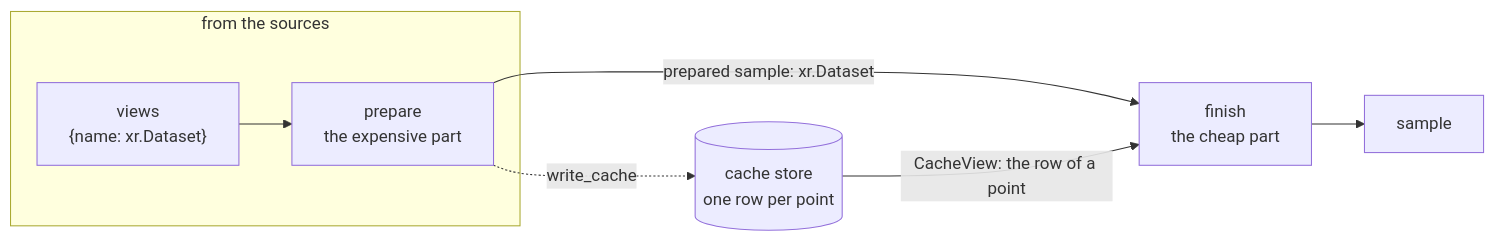
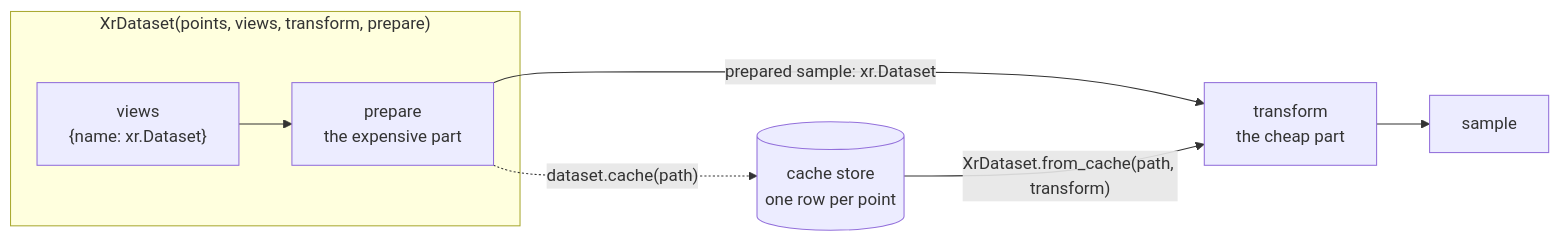
The fourth of 4 diagrams in README.md (FabianSchubert/xarray_torch_dataset), drawn with Mermaid before and after one commit. The commit also changed other lines of this file and 5 other files, not shown here.

First line of the commit message:
Make caching part of XrDataset: prepare, cache and from_cache

````diff
--- a/README.md
+++ b/README.md
@@ -178,10 +178,10 @@
 ```mermaid
 flowchart LR
-    subgraph raw["from the sources"]
+    subgraph raw["XrDataset(points, views, transform, prepare)"]
         views["views<br/>{name: xr.Dataset}"] --> prepare["prepare<br/>the expensive part"]
     end
-    prepare -- "prepared sample: xr.Dataset" --> finish["finish<br/>the cheap part"]
-    prepare -. "write_cache" .-> store[("cache store<br/>one row per point")]
-    store -- "CacheView: the row of a point" --> finish
-    finish --> sample["sample"]
+    prepare -- "prepared sample: xr.Dataset" --> transform["transform<br/>the cheap part"]
+    prepare -. "dataset.cache(path)" .-> store[("cache store<br/>one row per point")]
+    store -- "XrDataset.from_cache(path, transform)" --> transform
+    transform --> sample["sample"]
 ```
````
